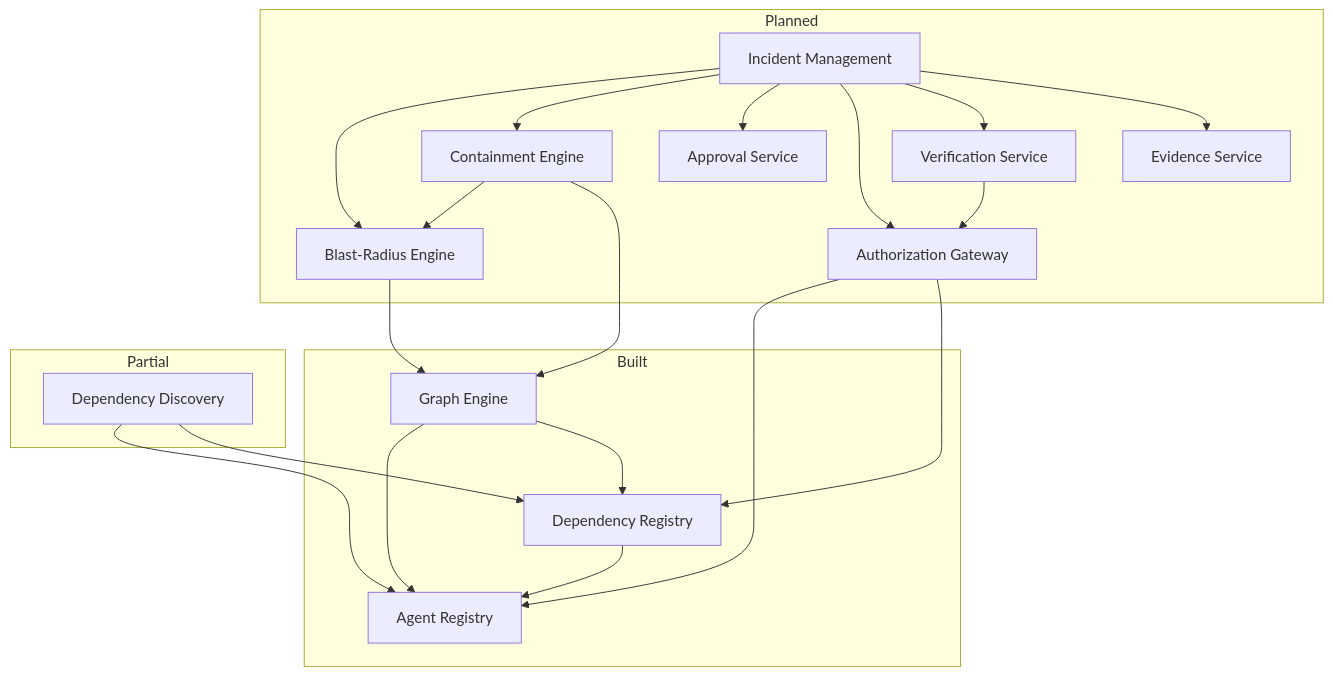
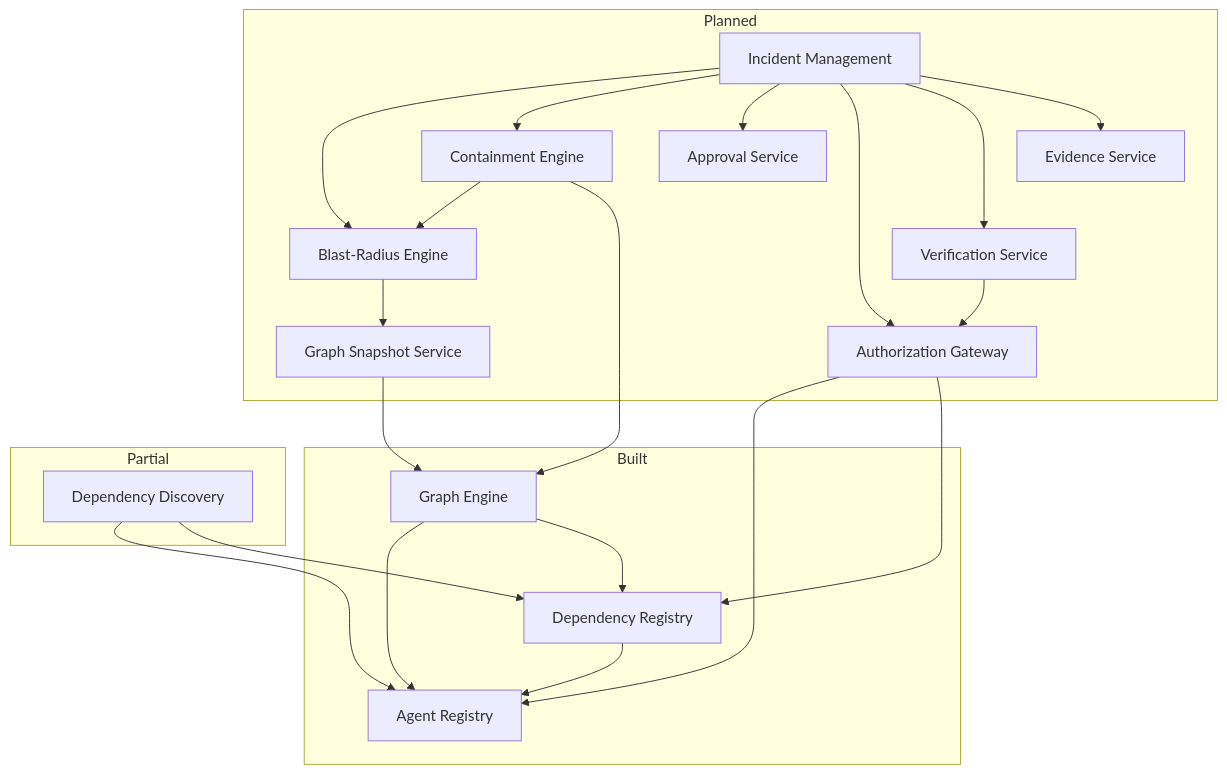
One commit to shivambhadane/corven changed the second of 2 diagrams in docs/architecture/01-system-architecture.md. Above: the diagram before and after it, drawn with Mermaid. The commit also changed 16 other files, not shown here.

Commit message:
document the graph engine and fix registry doc references to it

````diff
--- a/docs/architecture/01-system-architecture.md
+++ b/docs/architecture/01-system-architecture.md
@@ -40,37 +40,39 @@
 ```mermaid
 flowchart TB
   subgraph built[Built]
     AR[Agent Registry]
     DR[Dependency Registry]
     GE[Graph Engine]
   end
   subgraph partial[Partial]
     DD[Dependency Discovery]
   end
   subgraph planned[Planned]
     IM[Incident Management]
     BR[Blast-Radius Engine]
     CE[Containment Engine]
+    GS[Graph Snapshot Service]
     AG[Authorization Gateway]
     AP[Approval Service]
     VE[Verification Service]
     EV[Evidence Service]
   end
   DR --> AR
   GE --> AR
   GE --> DR
   DD --> AR
   DD --> DR
-  BR --> GE
+  GS --> GE
+  BR --> GS
   CE --> BR
   CE --> GE
   IM --> BR
   IM --> CE
   IM --> AP
   IM --> AG
   IM --> VE
   IM --> EV
   VE --> AG
   AG --> AR
   AG --> DR
 ```
````
